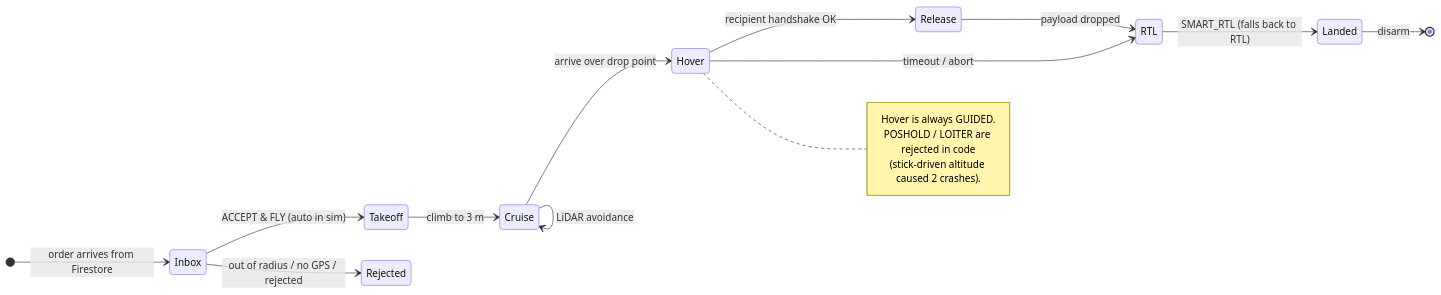
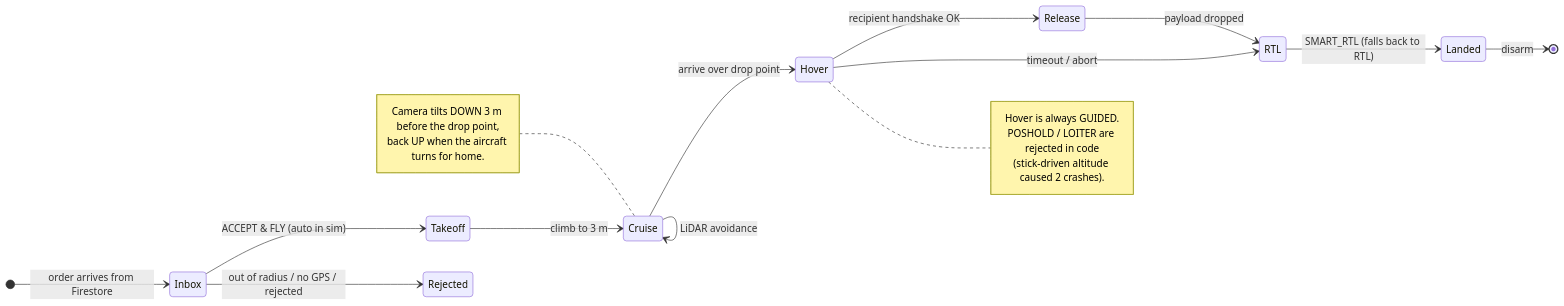
Before and after one commit to GVishwasReddy/AERIX-Capestone-Team-21-: the second of 3 diagrams in README.md, drawn with Mermaid. The commit also changed other lines of this file and 4 other files, not shown here.

````diff
--- a/README.md
+++ b/README.md
@@ -133,20 +135,24 @@
 ```mermaid
 stateDiagram-v2
     direction LR
     [*] --> Inbox: order arrives from Firestore
     Inbox --> Takeoff: ACCEPT & FLY (auto in sim)
     Inbox --> Rejected: out of radius / no GPS / rejected
     Takeoff --> Cruise: climb to 3 m
     Cruise --> Hover: arrive over drop point
     Cruise --> Cruise: LiDAR avoidance
     Hover --> Release: recipient handshake OK
     Hover --> RTL: timeout / abort
     Release --> RTL: payload dropped
     RTL --> Landed: SMART_RTL (falls back to RTL)
     Landed --> [*]: disarm
+    note left of Cruise
+        Camera tilts DOWN 3 m before the drop point,
+        back UP when the aircraft turns for home.
+    end note
     note right of Hover
         Hover is always GUIDED.
         POSHOLD / LOITER are rejected in code
         (stick-driven altitude caused 2 crashes).
     end note
 ```
````
